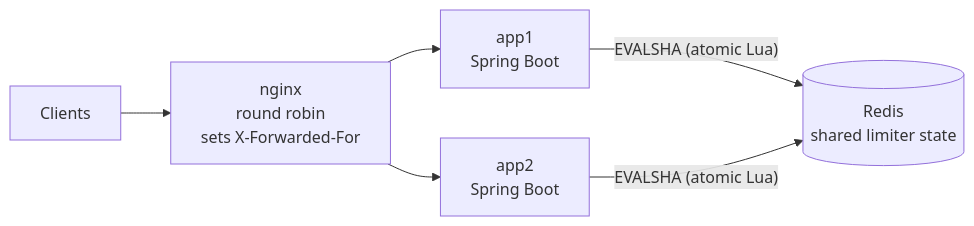
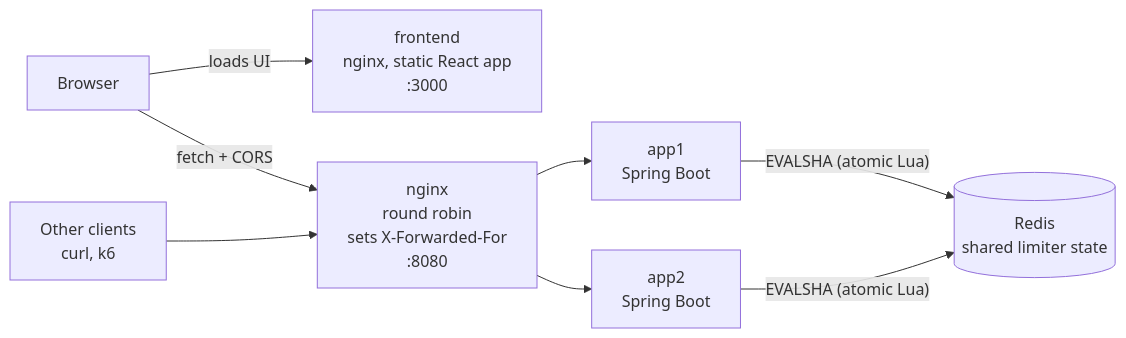
The first of 3 diagrams in README.md (krupahimte/Distributed_Rate_Limiter), drawn with Mermaid before and after one commit. The commit also changed other lines of this file, not shown here.

````diff
--- a/README.md
+++ b/README.md
@@ -43,8 +46,10 @@
 ```mermaid
 flowchart LR
-    C["Clients"] --> N["nginx<br/>round robin<br/>sets X-Forwarded-For"]
+    B["Browser"] -- "loads UI" --> UI["frontend<br/>nginx, static React app<br/>:3000"]
+    B -- "fetch + CORS" --> N
+    C["Other clients<br/>curl, k6"] --> N["nginx<br/>round robin<br/>sets X-Forwarded-For<br/>:8080"]
     N --> A1["app1<br/>Spring Boot"]
     N --> A2["app2<br/>Spring Boot"]
     A1 -- "EVALSHA (atomic Lua)" --> R[("Redis<br/>shared limiter state")]
     A2 -- "EVALSHA (atomic Lua)" --> R
 ```
````
